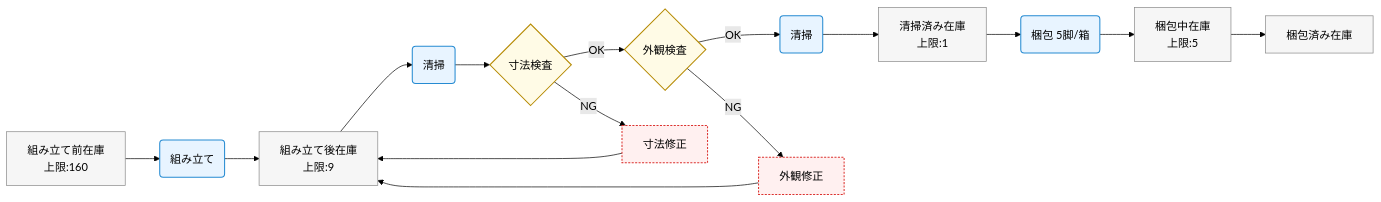
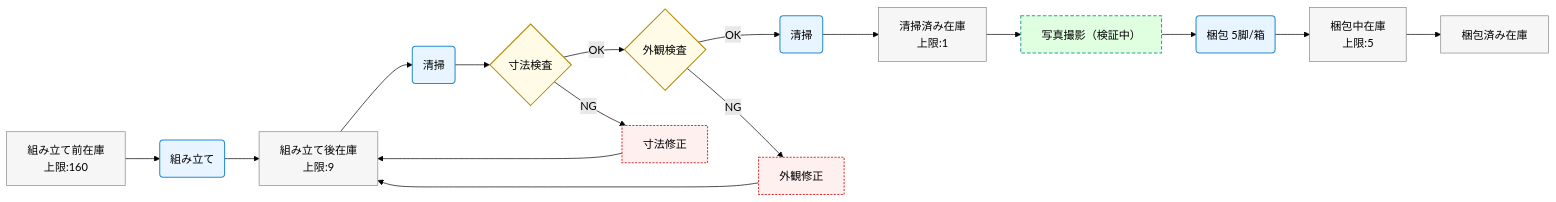
One commit to sokokoko-git/mermaid-flows changed the diagram in docs/flows/example.mmd. Above: the diagram before and after it, drawn with Mermaid (forest theme).

```diff
--- a/docs/flows/example.mmd
+++ b/docs/flows/example.mmd
@@ -1,36 +1,41 @@
 flowchart LR
   %% GitHub向け：[]の入れ子を避け、改行は <br/> を使用
 
   A[組み立て前在庫<br/>上限:160] --> B(組み立て)
   B --> C[組み立て後在庫<br/>上限:9]
 
   %% 組み立て後に清掃を追加
   C --> C1(清掃)
   C1 --> D{寸法検査}
 
   D -->|OK| E{外観検査}
   D -->|NG| D1[寸法修正]
   %% 修正品は組み立て後在庫へ戻す
   D1 --> C
 
   E -->|OK| F(清掃)
   E -->|NG| E1[外観修正]
   %% 修正品は組み立て後在庫へ戻す
   E1 --> C
 
   F --> G[清掃済み在庫<br/>上限:1]
 
-  G --> H(梱包 5脚/箱)
+  %% 清掃済み在庫の後に写真撮影工程（特例）を追加
+  G --> G1[写真撮影（検証中）]
+  G1 --> H(梱包 5脚/箱)
+
   H --> I[梱包中在庫<br/>上限:5]
   I --> J[梱包済み在庫]
 
   %% スタイル定義
   classDef store fill:#f6f6f6,stroke:#888,stroke-width:1px;
   classDef proc fill:#e8f4ff,stroke:#268bd2,stroke-width:1.5px;
   classDef gate fill:#fffbe6,stroke:#b58900,stroke-width:1.5px;
   classDef fix fill:#fff0f0,stroke:#dc322f,stroke-width:1.5px,stroke-dasharray:3 2;
+  classDef special fill:#e0ffe0,stroke:#2aa198,stroke-width:1.5px,stroke-dasharray:5 3;
 
   class A,C,G,I,J store;
   class B,C1,F,H proc;
   class D,E gate;
   class D1,E1 fix;
+  class G1 special;
```
